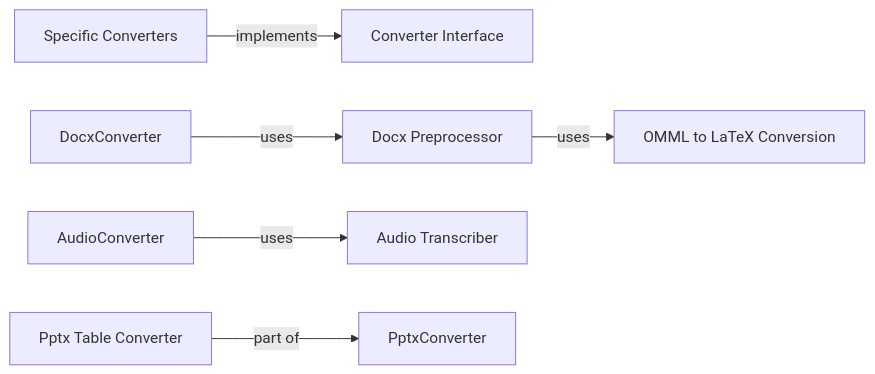
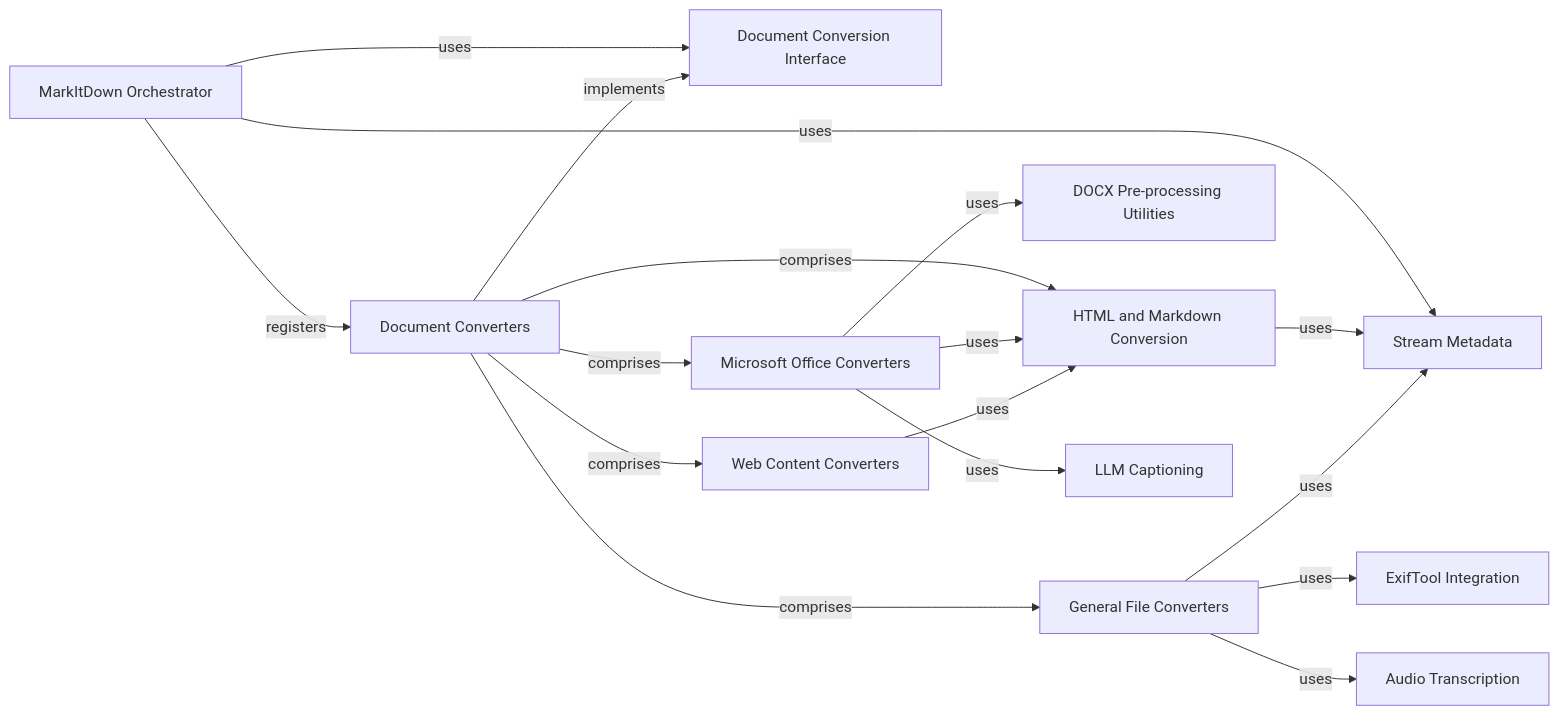
The diagram in markitdown/Document Converters.md (CodeBoarding/GeneratedOnBoardings), drawn with Mermaid before and after one commit. The commit also changed other lines of this file and 13 other files, not shown here.

````diff
--- a/markitdown/Document Converters.md
+++ b/markitdown/Document Converters.md
@@ -1,14 +1,31 @@
 ```mermaid
 graph LR
-    Converter_Interface["Converter Interface"]
-    Docx_Preprocessor["Docx Preprocessor"]
-    OMML_to_LaTeX_Conversion["OMML to LaTeX Conversion"]
-    Pptx_Table_Converter["Pptx Table Converter"]
-    Audio_Transcriber["Audio Transcriber"]
-    Specific_Converters["Specific Converters"]
-    Specific_Converters -- "implements" --> Converter_Interface
-    DocxConverter -- "uses" --> Docx_Preprocessor
-    Docx_Preprocessor -- "uses" --> OMML_to_LaTeX_Conversion
-    Pptx_Table_Converter -- "part of" --> PptxConverter
-    AudioConverter -- "uses" --> Audio_Transcriber
+    MarkItDown_Orchestrator["MarkItDown Orchestrator"]
+    Stream_Metadata["Stream Metadata"]
+    Document_Conversion_Interface["Document Conversion Interface"]
+    Document_Converters["Document Converters"]
+    HTML_and_Markdown_Conversion["HTML and Markdown Conversion"]
+    Microsoft_Office_Converters["Microsoft Office Converters"]
+    DOCX_Pre_processing_Utilities["DOCX Pre-processing Utilities"]
+    Web_Content_Converters["Web Content Converters"]
+    General_File_Converters["General File Converters"]
+    ExifTool_Integration["ExifTool Integration"]
+    Audio_Transcription["Audio Transcription"]
+    LLM_Captioning["LLM Captioning"]
+    MarkItDown_Orchestrator -- "registers" --> Document_Converters
+    MarkItDown_Orchestrator -- "uses" --> Stream_Metadata
+    MarkItDown_Orchestrator -- "uses" --> Document_Conversion_Interface
+    Document_Converters -- "implements" --> Document_Conversion_Interface
+    Document_Converters -- "comprises" --> HTML_and_Markdown_Conversion
+    Document_Converters -- "comprises" --> Microsoft_Office_Converters
+    Document_Converters -- "comprises" --> Web_Content_Converters
+    Document_Converters -- "comprises" --> General_File_Converters
+    HTML_and_Markdown_Conversion -- "uses" --> Stream_Metadata
+    Microsoft_Office_Converters -- "uses" --> HTML_and_Markdown_Conversion
+    Microsoft_Office_Converters -- "uses" --> DOCX_Pre_processing_Utilities
+    Microsoft_Office_Converters -- "uses" --> LLM_Captioning
+    Web_Content_Converters -- "uses" --> HTML_and_Markdown_Conversion
+    General_File_Converters -- "uses" --> Stream_Metadata
+    General_File_Converters -- "uses" --> ExifTool_Integration
+    General_File_Converters -- "uses" --> Audio_Transcription
 ```
````
